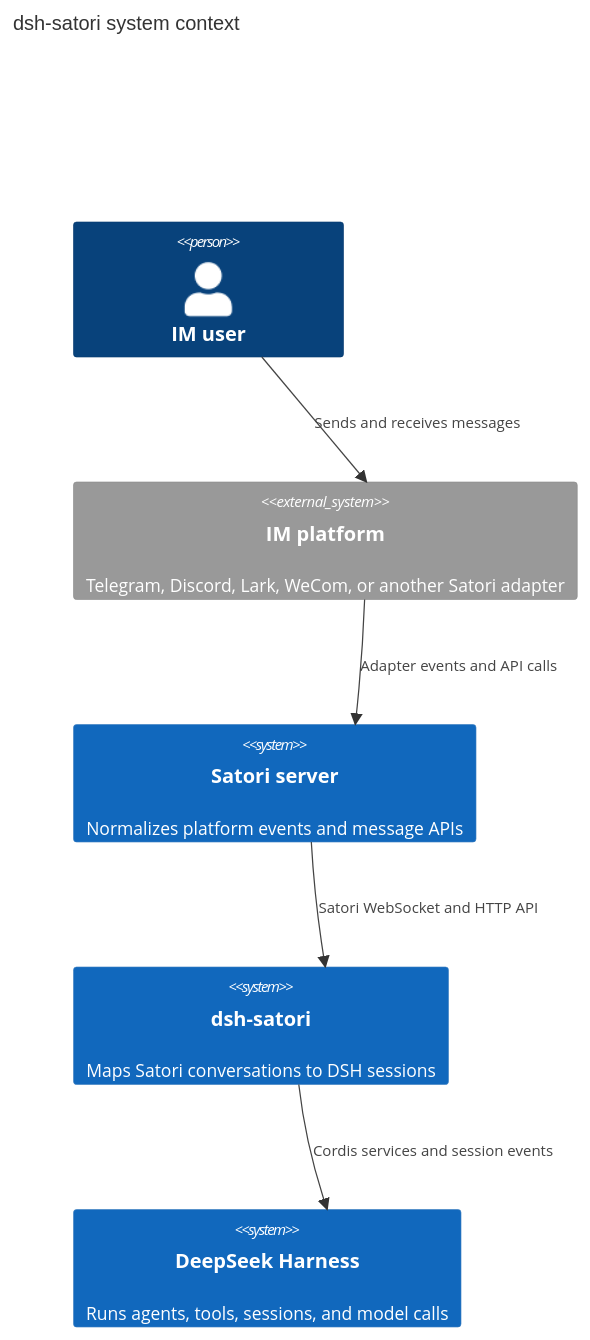
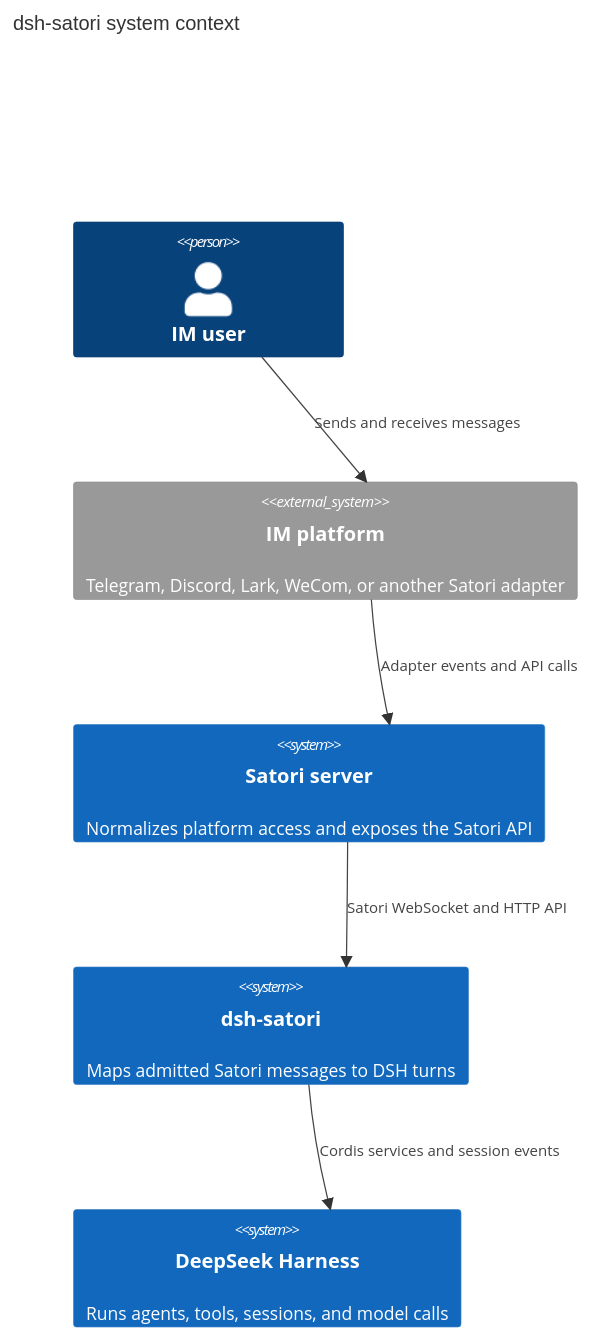
Before and after one commit to Ri0n72Y/dsh-satori: the first of 2 diagrams in docs/architecture.md, drawn with Mermaid. The commit also changed other lines of this file and 19 other files, not shown here.

````diff
--- a/docs/architecture.md
+++ b/docs/architecture.md
@@ -5,15 +5,15 @@
 ```mermaid
 C4Context
     title dsh-satori system context
 
     Person(user, "IM user")
     System_Ext(platform, "IM platform", "Telegram, Discord, Lark, WeCom, or another Satori adapter")
-    System(satori, "Satori server", "Normalizes platform events and message APIs")
-    System(dshSatori, "dsh-satori", "Maps Satori conversations to DSH sessions")
+    System(satori, "Satori server", "Normalizes platform access and exposes the Satori API")
+    System(dshSatori, "dsh-satori", "Maps admitted Satori messages to DSH turns")
     System(dsh, "DeepSeek Harness", "Runs agents, tools, sessions, and model calls")
 
     Rel(user, platform, "Sends and receives messages")
     Rel(platform, satori, "Adapter events and API calls")
     Rel(satori, dshSatori, "Satori WebSocket and HTTP API")
     Rel(dshSatori, dsh, "Cordis services and session events")
 ```
````
